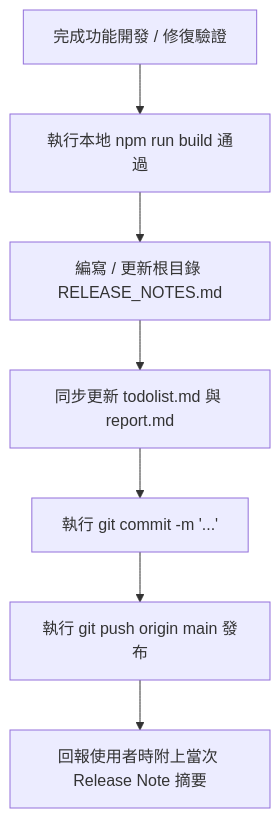
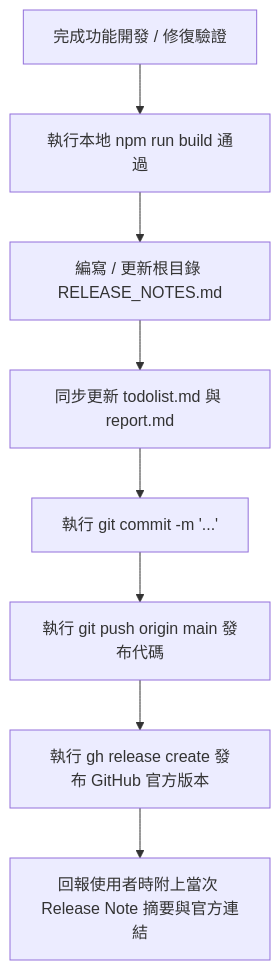
Before and after one commit to rossiho23/republiceducation2026: diagram 16 of 16 in spec.md, drawn with Mermaid. The commit also changed other lines of this file and 1 other file, not shown here.

Commit message:
docs: 更新規格書與任務清單納入 GitHub 官方 Releases 同步機制 (方案 A)

````diff
--- a/spec.md
+++ b/spec.md
@@ -877,9 +878,10 @@
 ```mermaid
 flowchart TD
     A["完成功能開發 / 修復驗證"] --> B["執行本地 npm run build 通過"]
     B --> C["編寫 / 更新根目錄 RELEASE_NOTES.md"]
     C --> D["同步更新 todolist.md 與 report.md"]
     D --> E["執行 git commit -m '...'"]
-    E --> F["執行 git push origin main 發布"]
-    F --> G["回報使用者時附上當次 Release Note 摘要"]
+    E --> F["執行 git push origin main 發布代碼"]
+    F --> G["執行 gh release create 發布 GitHub 官方版本"]
+    G --> H["回報使用者時附上當次 Release Note 摘要與官方連結"]
 ```
````
